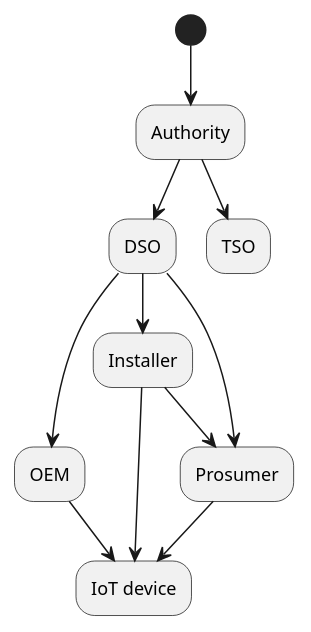
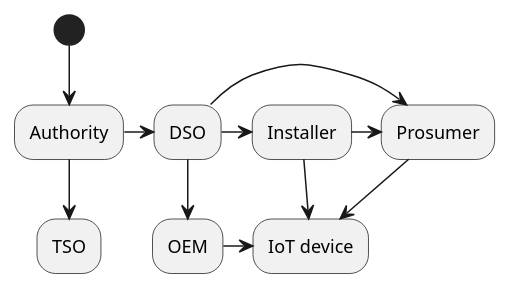
Before and after one commit to energywebfoundation/ew-did-registry: the second of 3 diagrams in docs/did-authorization.md, drawn with PlantUML.

Commit message:
signed commit

````diff
--- a/docs/did-authorization.md
+++ b/docs/did-authorization.md
@@ -140,14 +140,14 @@
 ```plantuml
 @startuml
     (*) --> Authority
-    Authority --> DSO
+    Authority -right-> DSO
     Authority --> TSO
-    DSO --> OEM
-    OEM --> "IoT device"
-    DSO --> Installer
-    Installer --> "IoT device"
-    DSO --> Prosumer
-    Installer --> Prosumer
+    DSO -right-> OEM
+    OEM -right-> "IoT device"
+    Installer -right-> "IoT device"
+    DSO -right-> Installer
+    DSO -right-> Prosumer
+    Installer -right-> Prosumer
     Prosumer --> "IoT device"
 @enduml
 ```
````
